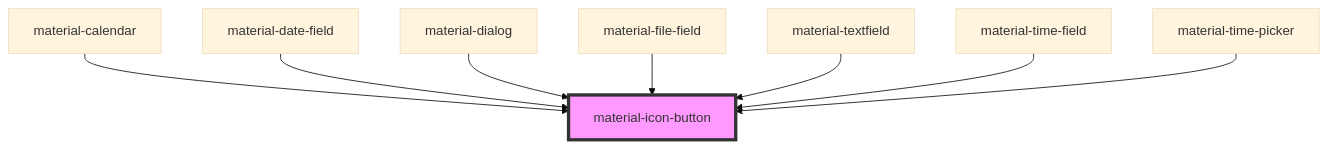
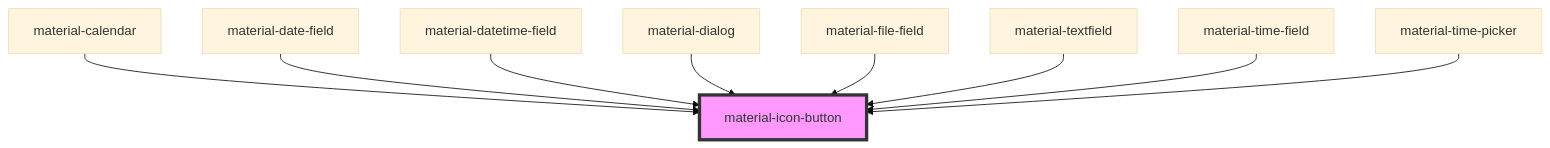
The diagram in src/components/material-icon-button/readme.md (RobustaRush/material), drawn with Mermaid (base theme) before and after one commit. The commit also changed other lines of this file and 12 other files, not shown here.

First line of the commit message:
feat: material-datetime-field

````diff
--- a/src/components/material-icon-button/readme.md
+++ b/src/components/material-icon-button/readme.md
@@ -49,11 +50,12 @@
 ```mermaid
 graph TD;
   material-calendar --> material-icon-button
   material-date-field --> material-icon-button
+  material-datetime-field --> material-icon-button
   material-dialog --> material-icon-button
   material-file-field --> material-icon-button
   material-textfield --> material-icon-button
   material-time-field --> material-icon-button
   material-time-picker --> material-icon-button
   style material-icon-button fill:#f9f,stroke:#333,stroke-width:4px
 ```
````
